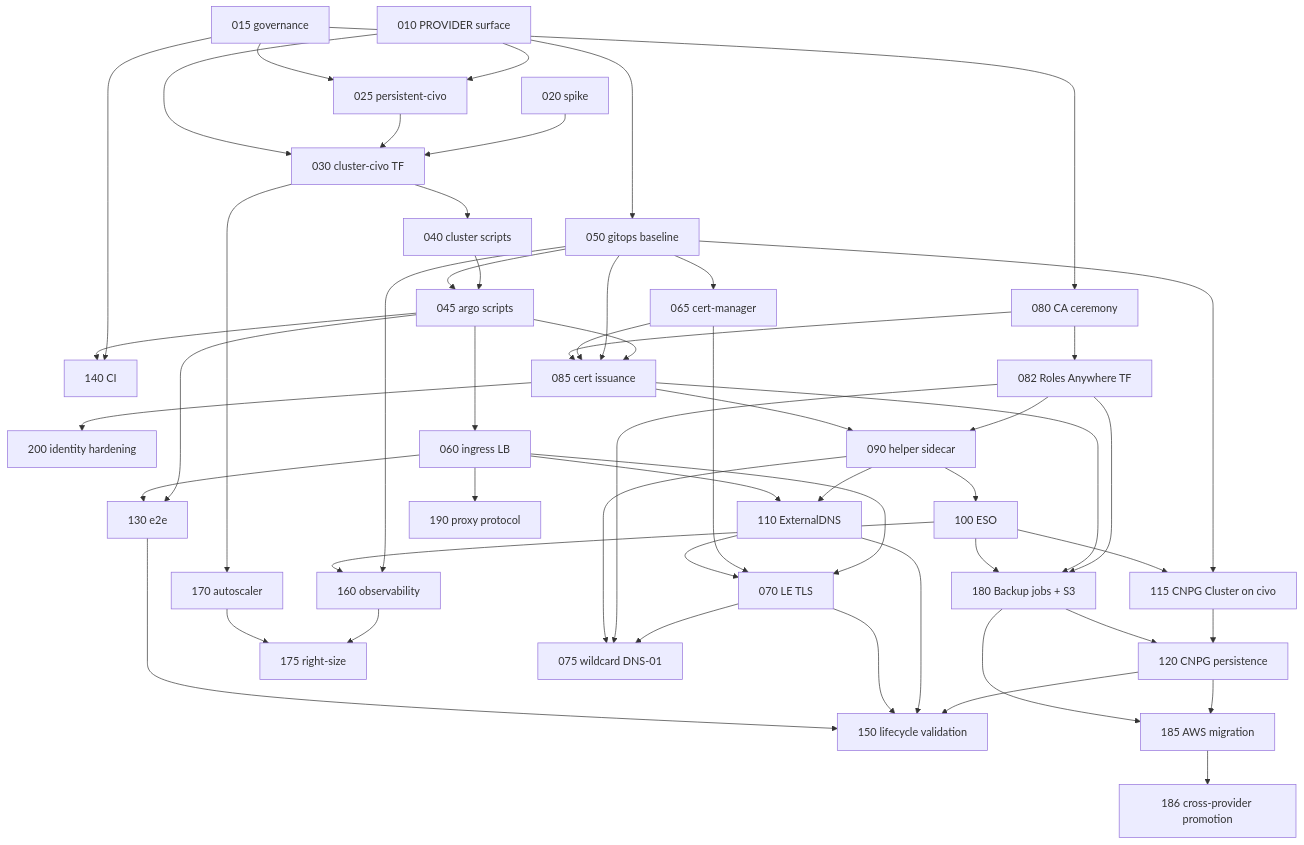
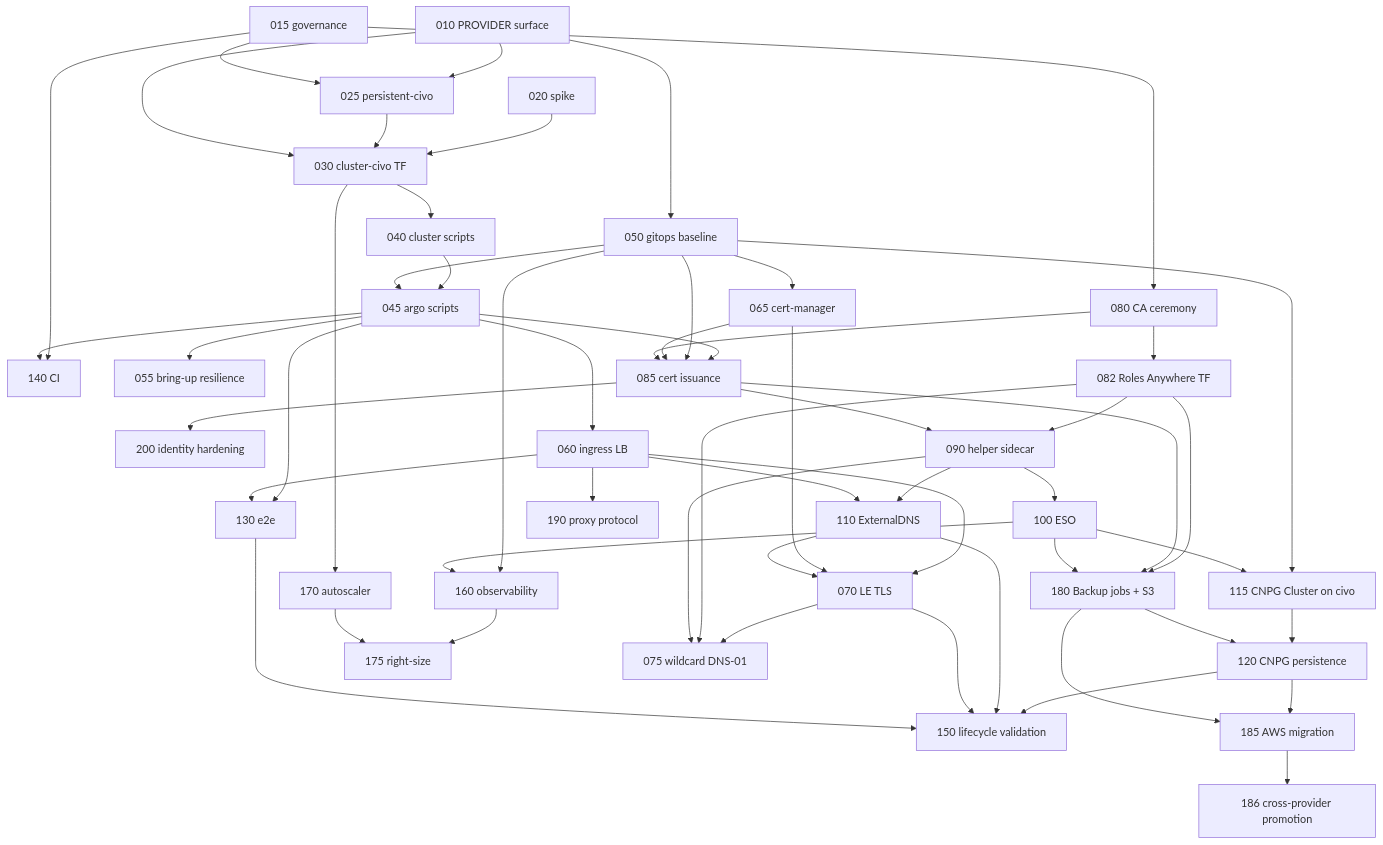
Before and after one commit to savak1990/vk-lab-platform: the diagram in specs/civo/roadmap.md, drawn with Mermaid. The commit also changed 2 other files, not shown here.

Commit message:
civo-055: spec for reliable bring-up — fail fast on CRDs that never establish
Captures a k3s control-plane fault observed live during CIVO-115's
verification: fourteen envoy-gateway CRDs were created but never established,
so the API server refused to serve those kinds while Argo reported the owning
Application Synced. cert-manager then crashlooped on the missing Gateway API
CRDs, which blocked the ra-cert issuance that external-secrets and external-dns
wait on, and make up hung for its full 2700s watch without naming a cause.

ADR 0025's retry remedy does not cover this: the object exists and the sync
succeeded, so no retry is ever attempted.

Claude-Session: https://claude.ai/code/session_01Xf1j66yKAhL57VEiMvx6L7

````diff
--- a/specs/civo/roadmap.md
+++ b/specs/civo/roadmap.md
@@ -13,56 +13,57 @@
 ```mermaid
 flowchart TD
   010[010 PROVIDER surface] --> 025[025 persistent-civo]
   015[015 governance] --> 025
   015 --> 080[080 CA ceremony]
   015 --> 140[140 CI]
   020[020 spike] --> 030[030 cluster-civo TF]
   025 --> 030
   010 --> 030
   010 --> 050[050 gitops baseline]
   030 --> 040[040 cluster scripts]
   030 --> 170[170 autoscaler]
   040 --> 045[045 argo scripts]
   050 --> 045
+  045 --> 055[055 bring-up resilience]
   045 --> 060[060 ingress LB]
   050 --> 065[065 cert-manager]
   080 --> 082[082 Roles Anywhere TF]
   045 --> 085[085 cert issuance]
   050 --> 085
   065 --> 085
   080 --> 085
   082 --> 090[090 helper sidecar]
   085 --> 090
   090 --> 100[100 ESO]
   090 --> 110[110 ExternalDNS]
   060 --> 110
   060 --> 070[070 LE TLS]
   065 --> 070
   110 --> 070
   082 --> 180[180 Backup jobs + S3]
   085 --> 180
   100 --> 180
   050 --> 115[115 CNPG Cluster on civo]
   100 --> 115
   115 --> 120[120 CNPG persistence]
   180 --> 120
   120 --> 185[185 AWS migration]
   180 --> 185
   185 --> 186[186 cross-provider promotion]
   045 --> 130[130 e2e]
   060 --> 130
   045 --> 140
   050 --> 160[160 observability]
   100 --> 160
   120 --> 150[150 lifecycle validation]
   110 --> 150
   070 --> 150
   070 --> 075[075 wildcard DNS-01]
   082 --> 075
   090 --> 075
   130 --> 150
   160 --> 175[175 right-size]
   170 --> 175
   060 --> 190[190 proxy protocol]
   085 --> 200[200 identity hardening]
 ```
````
